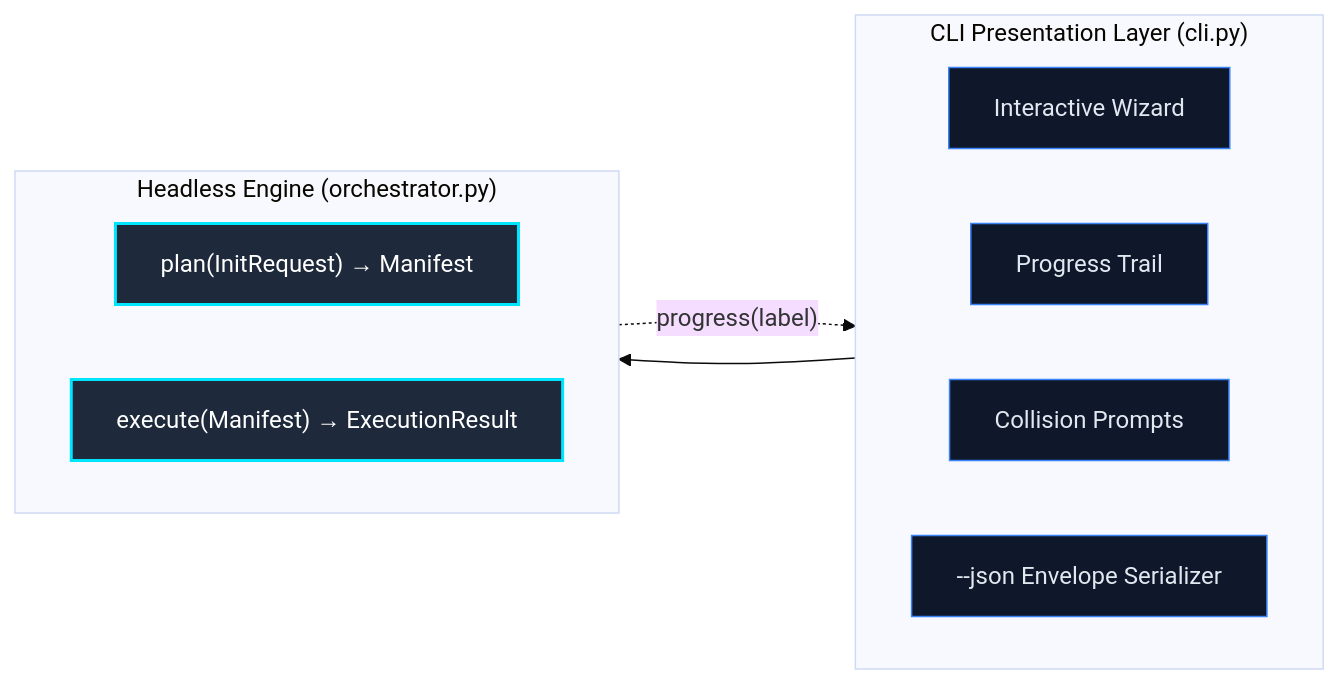
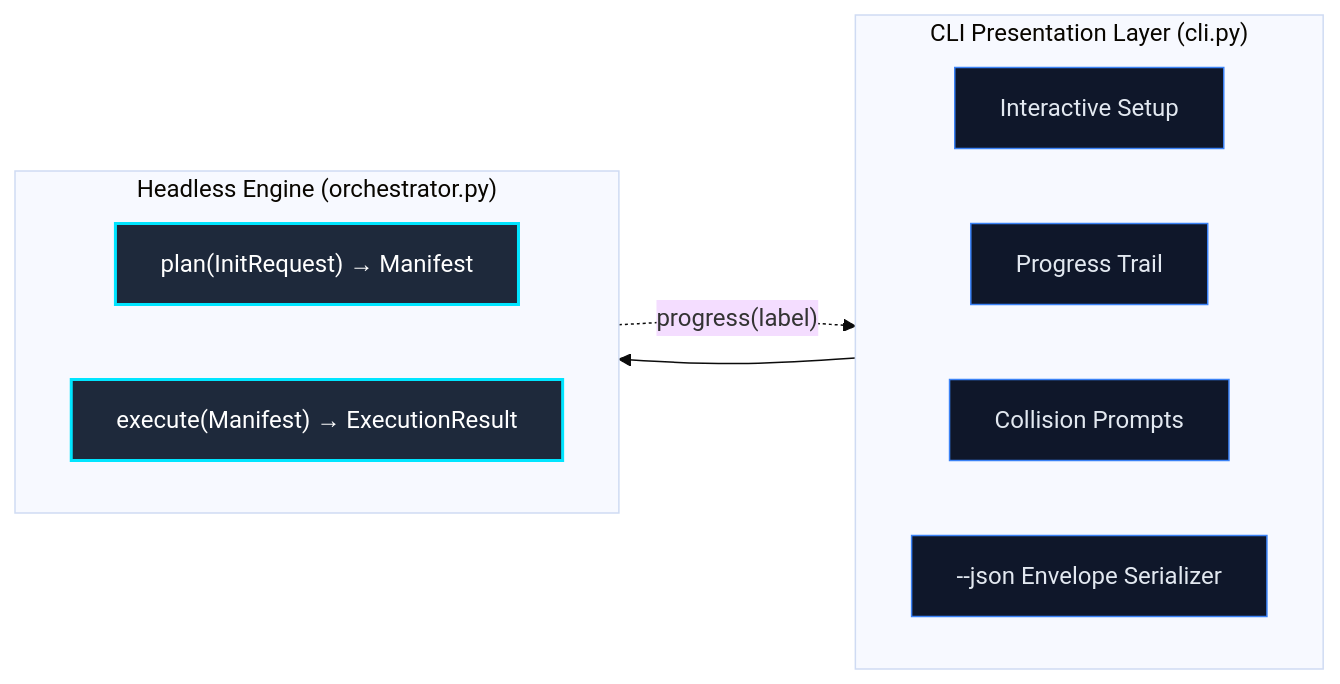
The second of 2 diagrams in docs/design-principles.md (JacksonFergusonDev/protostar), drawn with Mermaid (base theme) before and after one commit. The commit also changed 34 other files, not shown here.

Commit message:
refactor(cli): name interactive setup consistently

````diff
--- a/docs/design-principles.md
+++ b/docs/design-principles.md
@@ -92,22 +92,22 @@
 ```mermaid
 flowchart LR
     classDef cli fill:#0f172a,stroke:#3b82f6,stroke-width:1px,color:#e2e8f0;
     classDef engine fill:#1e293b,stroke:#00e5ff,stroke-width:2px,color:#fff;
 
     subgraph CLI ["CLI Presentation Layer (cli.py)"]
         direction LR
-        TUI["Interactive Wizard"]:::cli
+        TUI["Interactive Setup"]:::cli
         Trail["Progress Trail"]:::cli
         Collision["Collision Prompts"]:::cli
         JSON["--json Envelope Serializer"]:::cli
     end
 
     subgraph Engine ["Headless Engine (orchestrator.py)"]
         direction LR
         Plan["<span style='white-space:nowrap'>plan(InitRequest) → Manifest</span>"]:::engine
         Exec["<span style='white-space:nowrap'>execute(Manifest) → ExecutionResult</span>"]:::engine
     end
 
     CLI --> Engine
     Exec -.->|"progress(label)"| Trail
 ```
````
